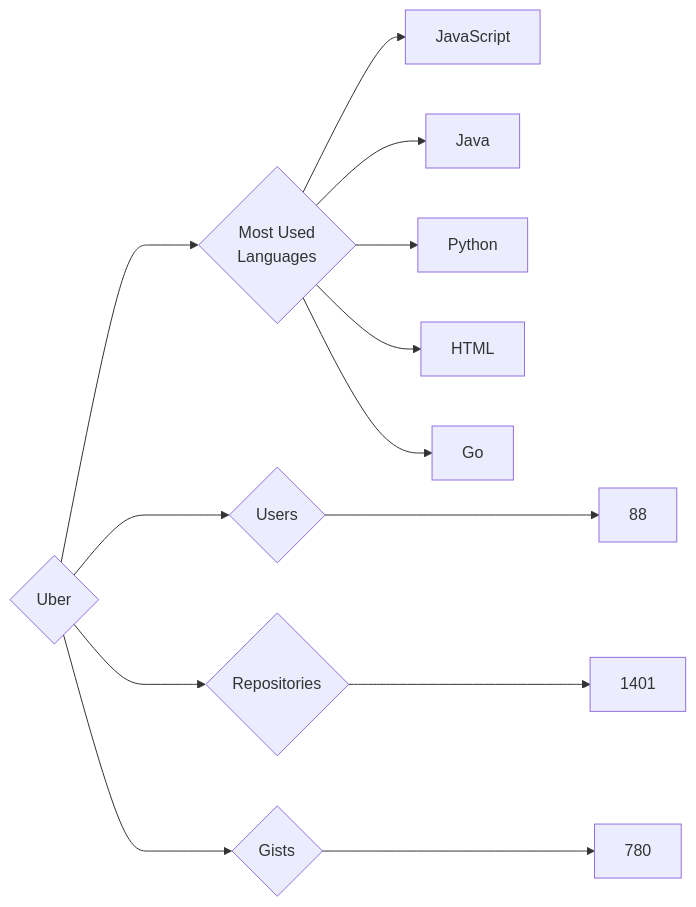
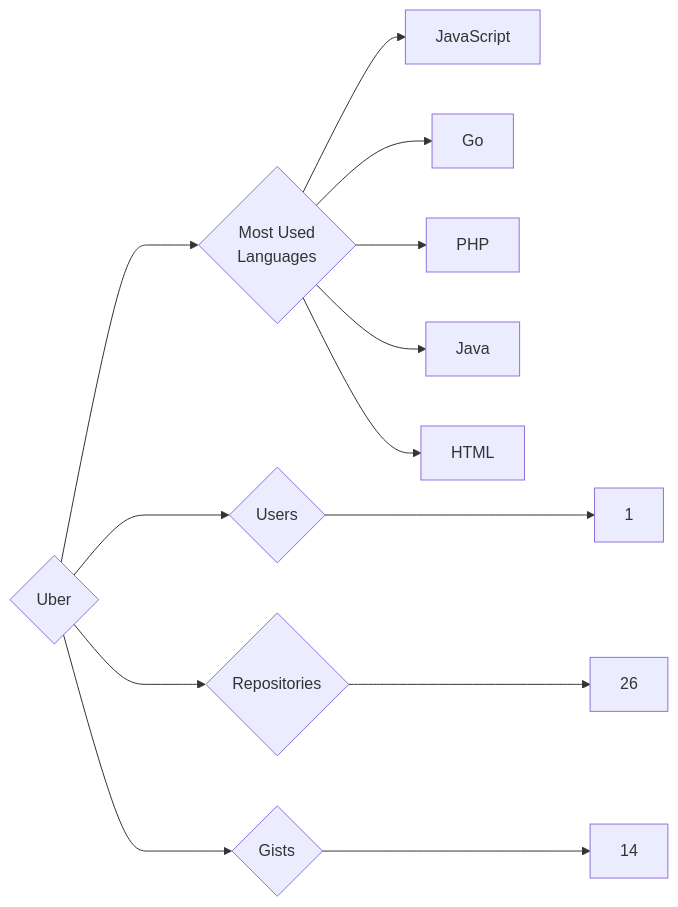
The diagram in targets/Uber/README.md (trickest/insiders), drawn with Mermaid before and after one commit. The commit also changed 1011 other files, not shown here.

````diff
--- a/targets/Uber/README.md
+++ b/targets/Uber/README.md
@@ -3,13 +3,13 @@
 ```mermaid
 graph LR
 COMPANY_NAME{Uber}
-COMPANY_NAME ---> U{Users} ---> UN[88]
-COMPANY_NAME ---> R{Repositories} ---> RN[1401]
-COMPANY_NAME ---> G{Gists} ---> GN[780]
+COMPANY_NAME ---> U{Users} ---> UN[1]
+COMPANY_NAME ---> R{Repositories} ---> RN[26]
+COMPANY_NAME ---> G{Gists} ---> GN[14]
 COMPANY_NAME ---> ML{Most Used<br>Languages}
 ML --> JavaScript[JavaScript]
+ML --> Go[Go]
+ML --> PHP[PHP]
 ML --> Java[Java]
-ML --> Python[Python]
 ML --> HTML[HTML]
-ML --> Go[Go]
 ```
````
